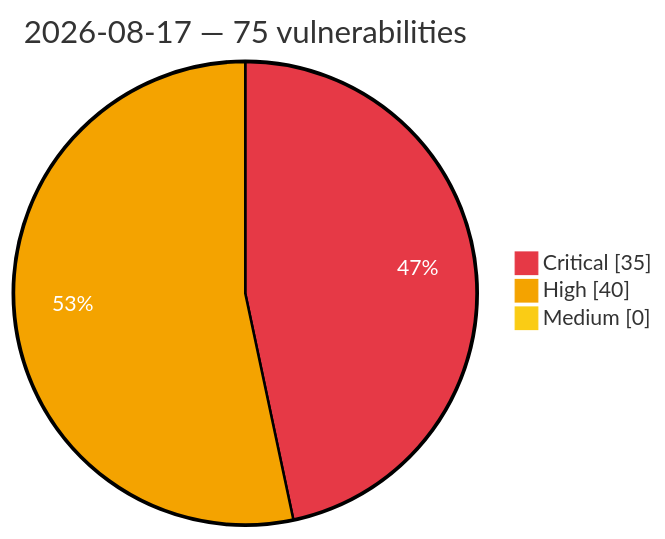
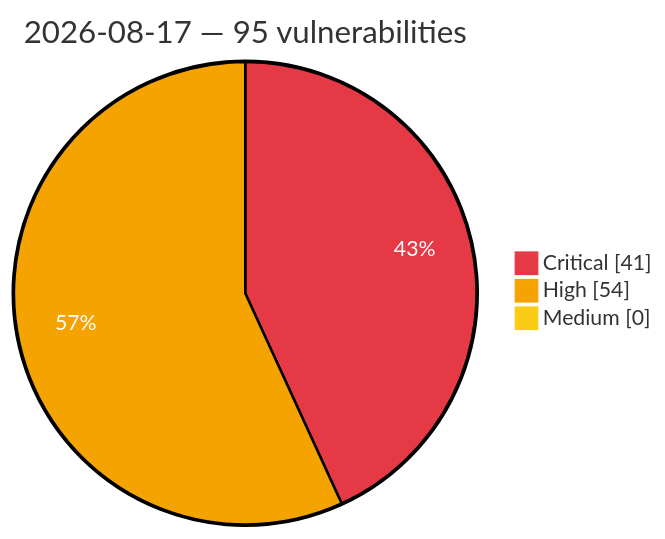
Before and after one commit to GhostX0X/vuln-tracker: the diagram in vulnerabilities/2026/August/2026-08-17.md, drawn with Mermaid. The commit also changed other lines of this file and 5 other files, not shown here.

Commit message:
Auto update: critical/high vulns (2026-08-17 22:32 UTC)

````diff
--- a/vulnerabilities/2026/August/2026-08-17.md
+++ b/vulnerabilities/2026/August/2026-08-17.md
@@ -3,8 +3,8 @@
 ```mermaid
 %%{init: {'theme':'base', 'themeVariables': {'pie1':'#e63946', 'pie2':'#f4a300', 'pie3':'#facc15', 'pieOpacity':'1', 'pieOuterStrokeWidth':'2px', 'pieSectionTextColor':'#ffffff'}}}%%
 pie showData
-    title 2026-08-17 — 75 vulnerabilities
-    "Critical" : 35
-    "High" : 40
+    title 2026-08-17 — 95 vulnerabilities
+    "Critical" : 41
+    "High" : 54
     "Medium" : 0
 ```
````
